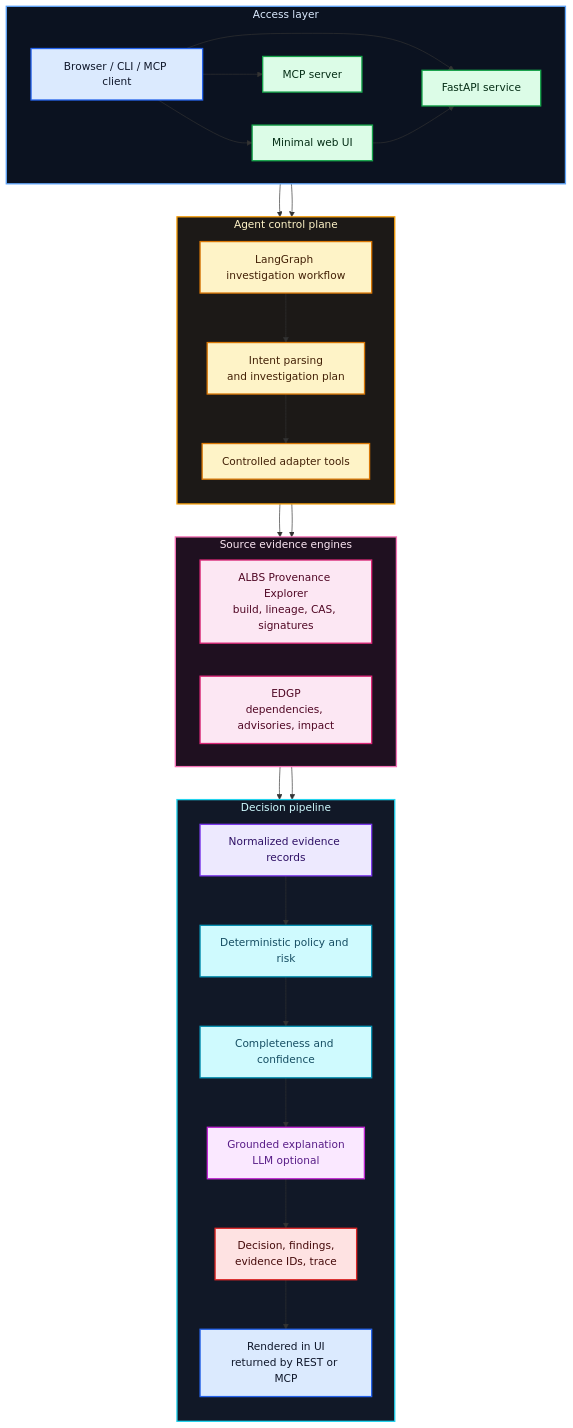
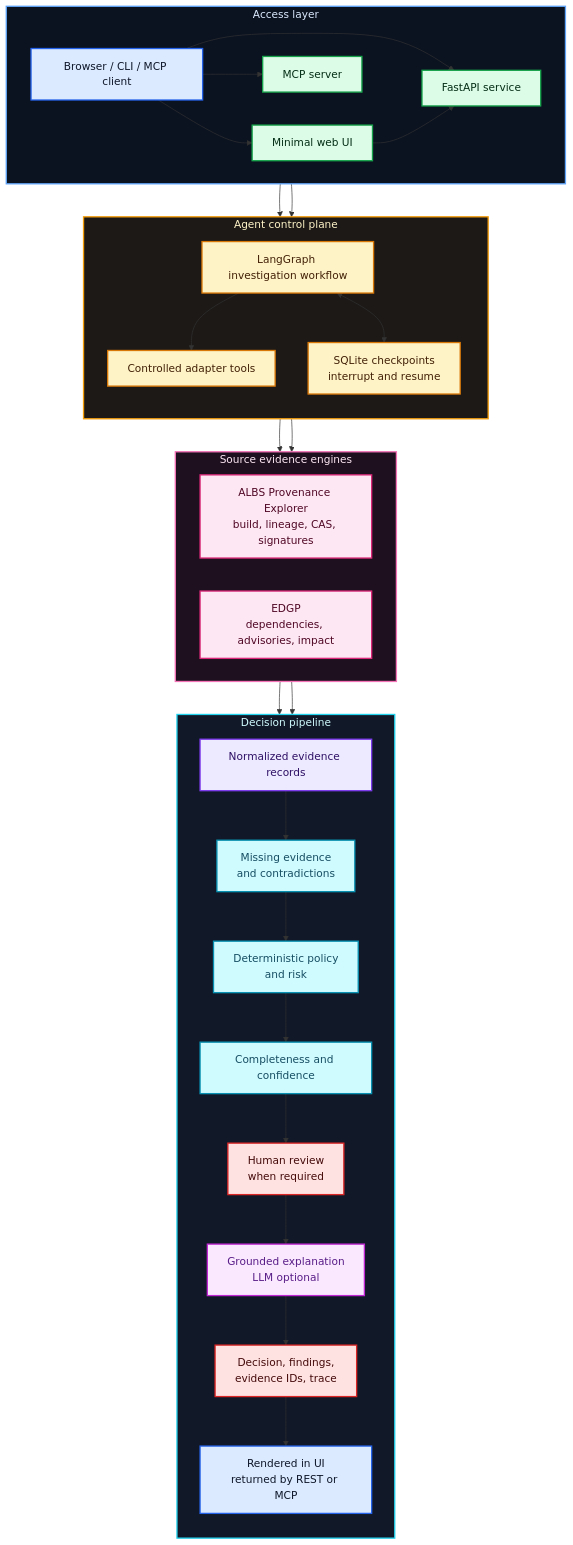
The first of 2 diagrams in README.md (xsub/ProvenanceRiskAgent), drawn with Mermaid before and after one commit. The commit also changed other lines of this file and 45 other files, not shown here.

Commit message:
Complete provenance risk agent MVP roadmap

````diff
--- a/README.md
+++ b/README.md
@@ -105,65 +107,69 @@
 ```mermaid
 flowchart TB
   subgraph access["Access layer"]
     direction LR
     client["Browser / CLI / MCP client"]:::client;
     web_ui["Minimal web UI"]:::entry;
     api_service["FastAPI service"]:::entry;
     mcp_server["MCP server"]:::entry;
   end
 
   subgraph control["Agent control plane"]
     direction TB
     workflow["LangGraph investigation workflow"]:::workflow;
-    planner["Intent parsing<br/>and investigation plan"]:::workflow;
     adapter_tools["Controlled adapter tools"]:::workflow;
+    checkpoints["SQLite checkpoints<br/>interrupt and resume"]:::workflow;
   end
 
   subgraph sources["Source evidence engines"]
     direction LR
     albs_engine["ALBS Provenance Explorer<br/>build, lineage, CAS, signatures"]:::source;
     edgp_engine["EDGP<br/>dependencies, advisories, impact"]:::source;
   end
 
   subgraph decisioning["Decision pipeline"]
     direction TB
     evidence_records["Normalized evidence records"]:::evidence;
-    policy_engine["Deterministic policy and risk"]:::policy;
+    consistency["Missing evidence<br/>and contradictions"]:::policy;
+    policy_engine["Deterministic policy<br/>and risk"]:::policy;
     assessment["Completeness and confidence"]:::policy;
+    review["Human review<br/>when required"]:::result;
     explainer["Grounded explanation<br/>LLM optional"]:::explain;
     response["Decision, findings,<br/>evidence IDs, trace"]:::result;
     delivery["Rendered in UI<br/>returned by REST or MCP"]:::client;
   end
 
   client --> web_ui;
   client --> api_service;
   client --> mcp_server;
   web_ui --> api_service;
   api_service --> workflow;
   mcp_server --> workflow;
-  workflow --> planner;
-  planner --> adapter_tools;
+  workflow --> adapter_tools;
+  workflow <--> checkpoints;
   adapter_tools --> albs_engine;
   adapter_tools --> edgp_engine;
   albs_engine --> evidence_records;
   edgp_engine --> evidence_records;
-  evidence_records --> policy_engine;
+  evidence_records --> consistency;
+  consistency --> policy_engine;
   policy_engine --> assessment;
-  assessment --> explainer;
+  assessment --> review;
+  review --> explainer;
   explainer --> response;
   response --> delivery;
 
   classDef client fill:#dbeafe,stroke:#2563eb,color:#0f172a,stroke-width:2px;
   classDef entry fill:#dcfce7,stroke:#16a34a,color:#052e16,stroke-width:2px;
   classDef workflow fill:#fef3c7,stroke:#d97706,color:#422006,stroke-width:2px;
   classDef source fill:#fce7f3,stroke:#db2777,color:#500724,stroke-width:2px;
   classDef evidence fill:#ede9fe,stroke:#7c3aed,color:#2e1065,stroke-width:2px;
   classDef policy fill:#cffafe,stroke:#0891b2,color:#164e63,stroke-width:2px;
   classDef explain fill:#fae8ff,stroke:#c026d3,color:#581c87,stroke-width:2px;
   classDef result fill:#fee2e2,stroke:#dc2626,color:#450a0a,stroke-width:2px;
 
   style access fill:#0b1220,stroke:#60a5fa,stroke-width:2px,color:#dbeafe;
   style control fill:#1c1917,stroke:#f59e0b,stroke-width:2px,color:#fef3c7;
   style sources fill:#1f1020,stroke:#f472b6,stroke-width:2px,color:#fce7f3;
   style decisioning fill:#111827,stroke:#22d3ee,stroke-width:2px,color:#cffafe;
 ```
````
